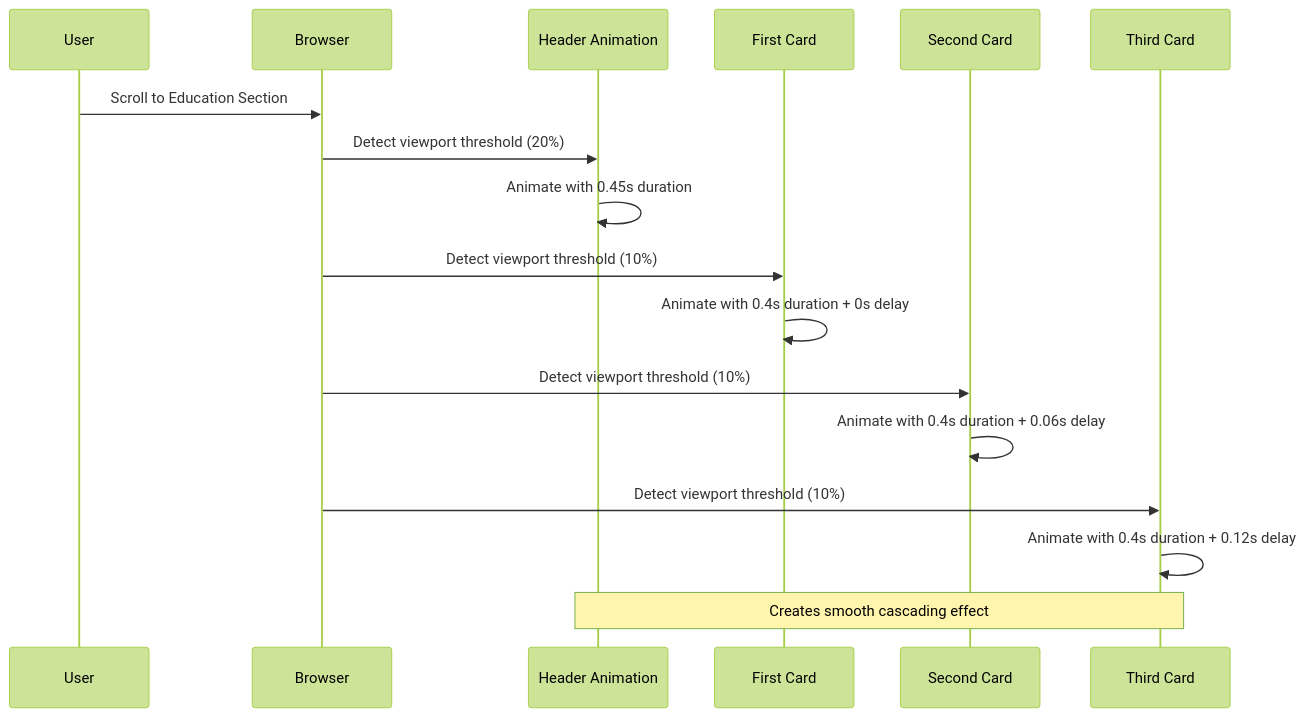
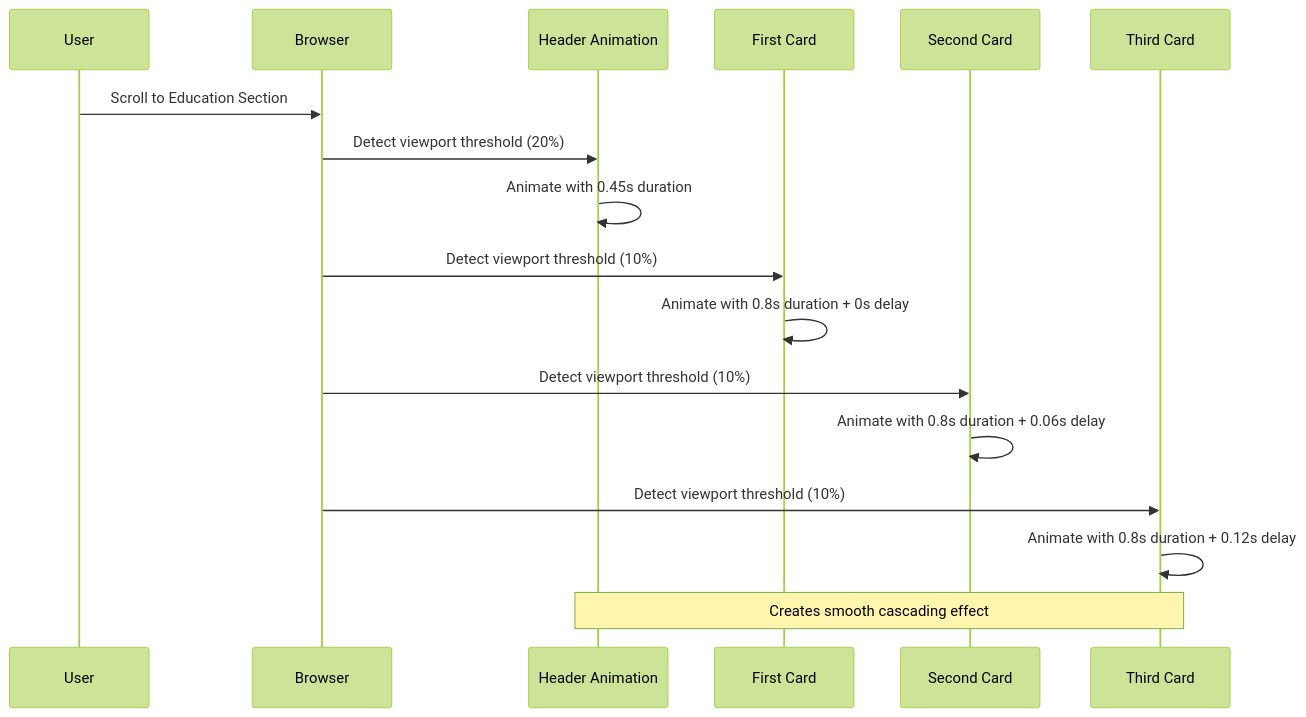
One commit to subash7781/Portfolio changed diagram 11 of 11 in .qoder/repowiki/en/content/Component Library & UI Elements/EducationSection Component.md. Above: the diagram before and after it, drawn with Mermaid (forest theme). The commit also changed other lines of this file and 9 other files, not shown here.

````diff
--- a/.qoder/repowiki/en/content/Component Library & UI Elements/EducationSection Component.md
+++ b/.qoder/repowiki/en/content/Component Library & UI Elements/EducationSection Component.md
@@ -701,19 +699,19 @@
 ```mermaid
 sequenceDiagram
 participant User as User
 participant Browser as Browser
 participant Header as Header Animation
 participant Card1 as First Card
 participant Card2 as Second Card
 participant Card3 as Third Card
 User->>Browser : Scroll to Education Section
 Browser->>Header : Detect viewport threshold (20%)
 Header->>Header : Animate with 0.45s duration
 Browser->>Card1 : Detect viewport threshold (10%)
-Card1->>Card1 : Animate with 0.4s duration + 0s delay
+Card1->>Card1 : Animate with 0.8s duration + 0s delay
 Browser->>Card2 : Detect viewport threshold (10%)
-Card2->>Card2 : Animate with 0.4s duration + 0.06s delay
+Card2->>Card2 : Animate with 0.8s duration + 0.06s delay
 Browser->>Card3 : Detect viewport threshold (10%)
-Card3->>Card3 : Animate with 0.4s duration + 0.12s delay
+Card3->>Card3 : Animate with 0.8s duration + 0.12s delay
 Note over Header,Card3 : Creates smooth cascading effect
 ```
````
